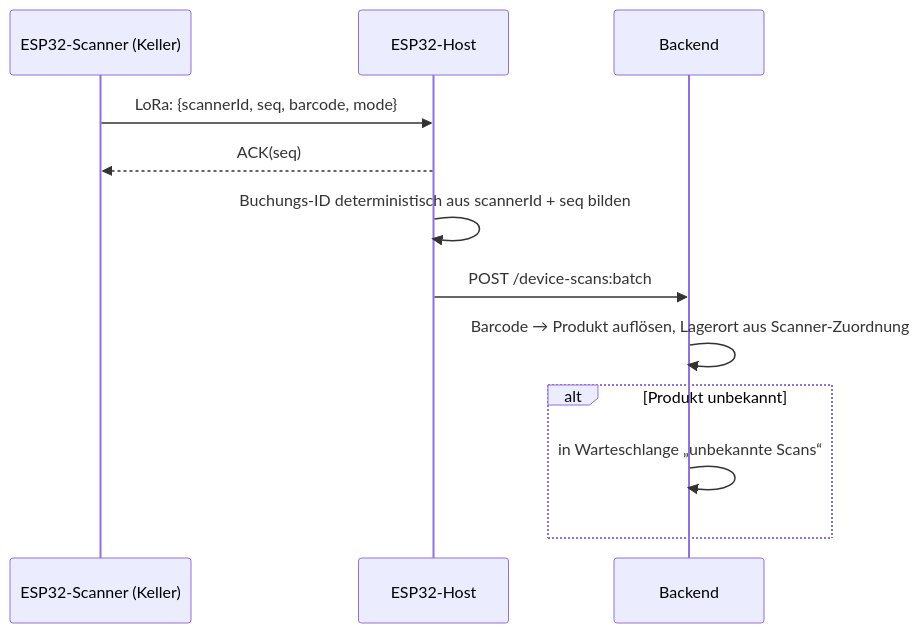
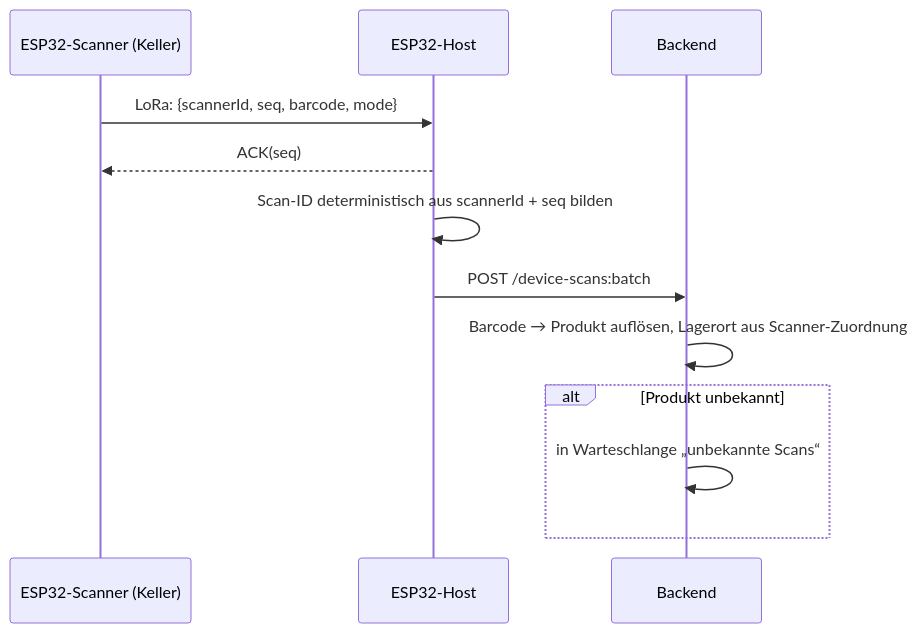
The seventh of 7 diagrams in docs/architecture.md (Moses20/DigitalStorageRoom), drawn with Mermaid before and after one commit. The commit also changed other lines of this file, not shown here.

````diff
--- a/docs/architecture.md
+++ b/docs/architecture.md
@@ -252,14 +265,14 @@
 ```mermaid
 sequenceDiagram
     participant S as ESP32-Scanner (Keller)
     participant H as ESP32-Host
     participant B as Backend
     S->>H: LoRa: {scannerId, seq, barcode, mode}
     H-->>S: ACK(seq)
-    H->>H: Buchungs-ID deterministisch aus scannerId + seq bilden
+    H->>H: Scan-ID deterministisch aus scannerId + seq bilden
     H->>B: POST /device-scans:batch
     B->>B: Barcode → Produkt auflösen, Lagerort aus Scanner-Zuordnung
     alt Produkt unbekannt
         B->>B: in Warteschlange „unbekannte Scans“
     end
 ```
````
